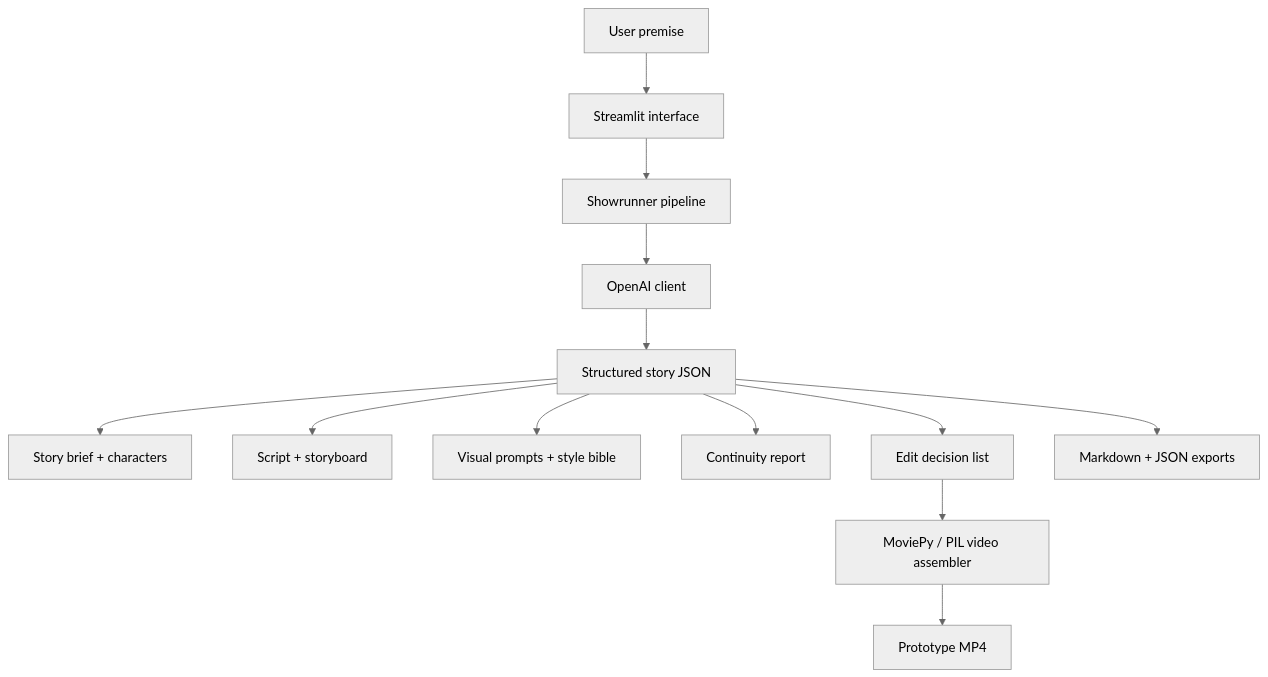
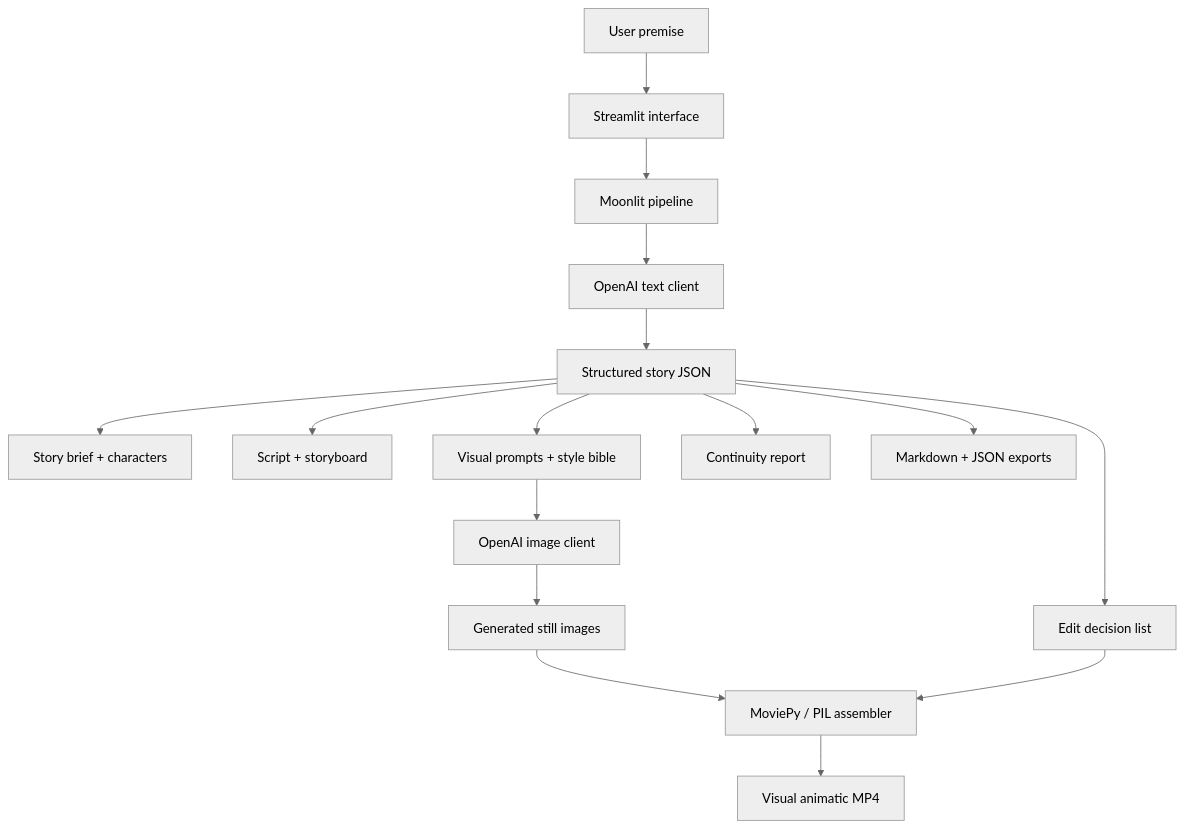
One commit to MinervaRose/moonlit-showrunner changed the diagram in README.md. Above: the diagram before and after it, drawn with Mermaid (neutral theme). The commit also changed other lines of this file and 7 other files, not shown here.

````diff
--- a/README.md
+++ b/README.md
@@ -90,15 +100,18 @@
 ```mermaid
 flowchart TD
     A[User premise] --> B[Streamlit interface]
-    B --> C[Showrunner pipeline]
-    C --> D[OpenAI client]
+    B --> C[Moonlit pipeline]
+    C --> D[OpenAI text client]
     D --> E[Structured story JSON]
     E --> F[Story brief + characters]
     E --> G[Script + storyboard]
     E --> H[Visual prompts + style bible]
     E --> I[Continuity report]
     E --> J[Edit decision list]
-    J --> K[MoviePy / PIL video assembler]
-    K --> L[Prototype MP4]
-    E --> M[Markdown + JSON exports]
+    H --> K[OpenAI image client]
+    K --> L[Generated still images]
+    L --> M[MoviePy / PIL assembler]
+    J --> M
+    M --> N[Visual animatic MP4]
+    E --> O[Markdown + JSON exports]
 ```
````
